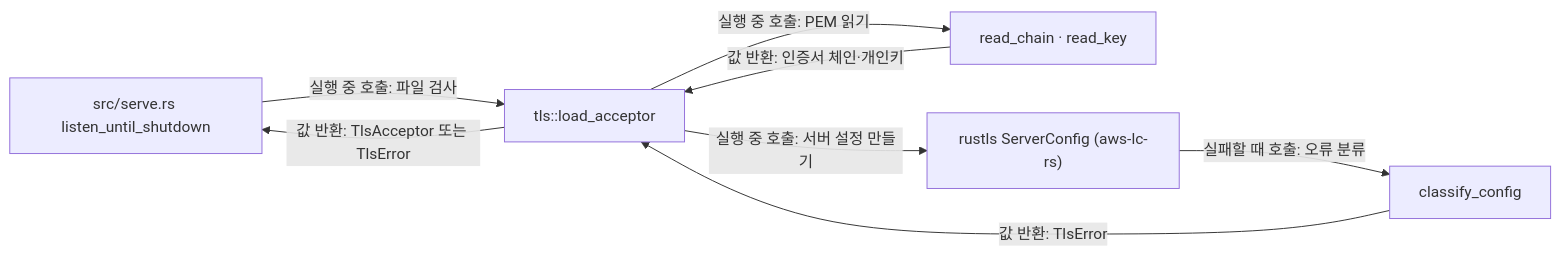
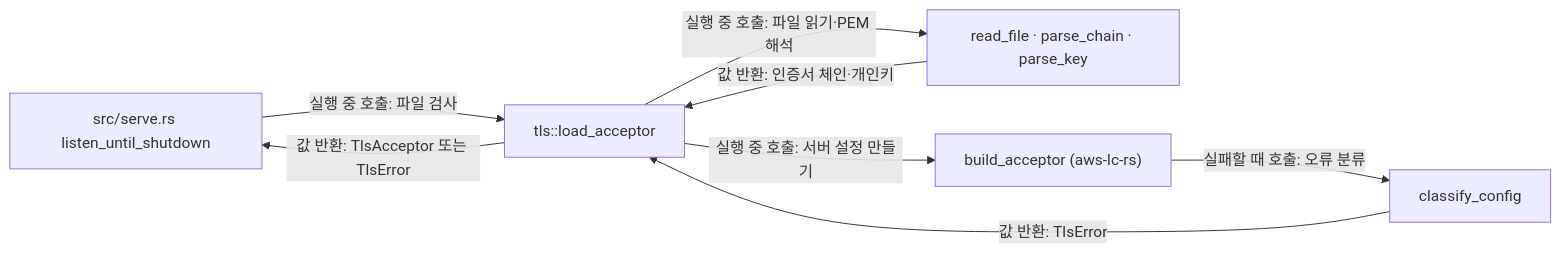
Before and after one commit to kayden-kim/vnc-relay: the diagram in docs/architectures/tls.md, drawn with Mermaid. The commit also changed other lines of this file and 92 other files, not shown here.

````diff
--- a/docs/architectures/tls.md
+++ b/docs/architectures/tls.md
@@ -32,10 +29,10 @@
 ```mermaid
 flowchart LR
     S["src/serve.rs listen_until_shutdown"] -->|"실행 중 호출: 파일 검사"| L["tls::load_acceptor"]
-    L -->|"실행 중 호출: PEM 읽기"| R["read_chain · read_key"]
+    L -->|"실행 중 호출: 파일 읽기·PEM 해석"| R["read_file · parse_chain · parse_key"]
     R -->|"값 반환: 인증서 체인·개인키"| L
-    L -->|"실행 중 호출: 서버 설정 만들기"| P["rustls ServerConfig (aws-lc-rs)"]
+    L -->|"실행 중 호출: 서버 설정 만들기"| P["build_acceptor (aws-lc-rs)"]
     P -->|"실패할 때 호출: 오류 분류"| C["classify_config"]
     C -->|"값 반환: TlsError"| L
     L -->|"값 반환: TlsAcceptor 또는 TlsError"| S
 ```
````
